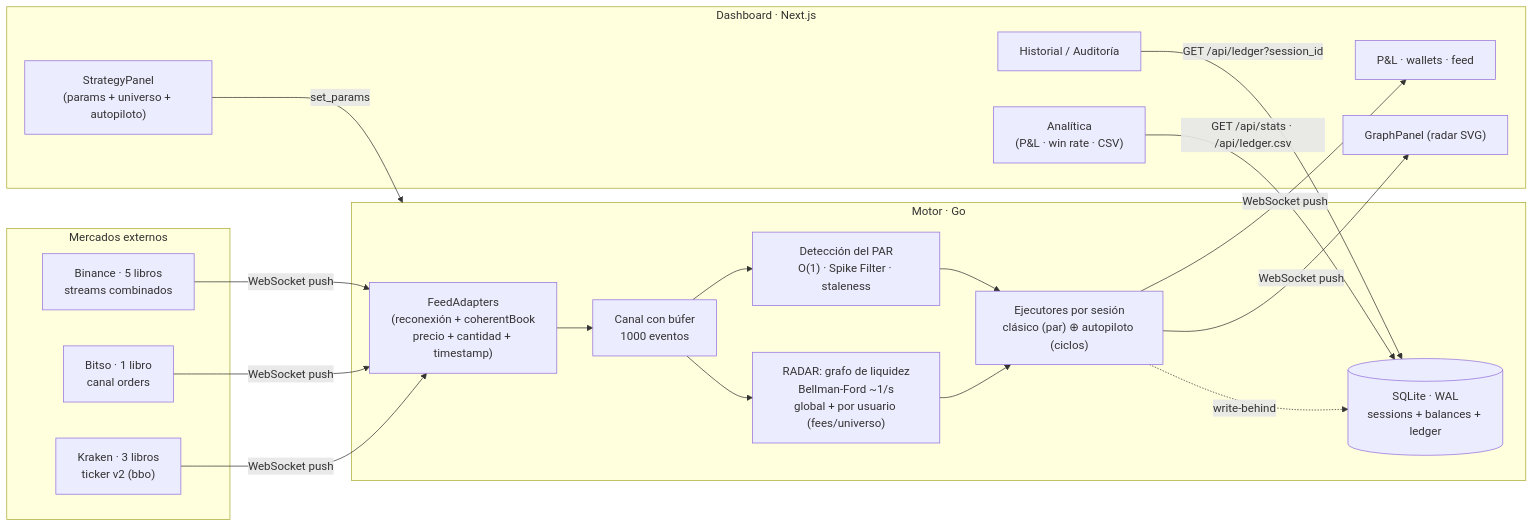
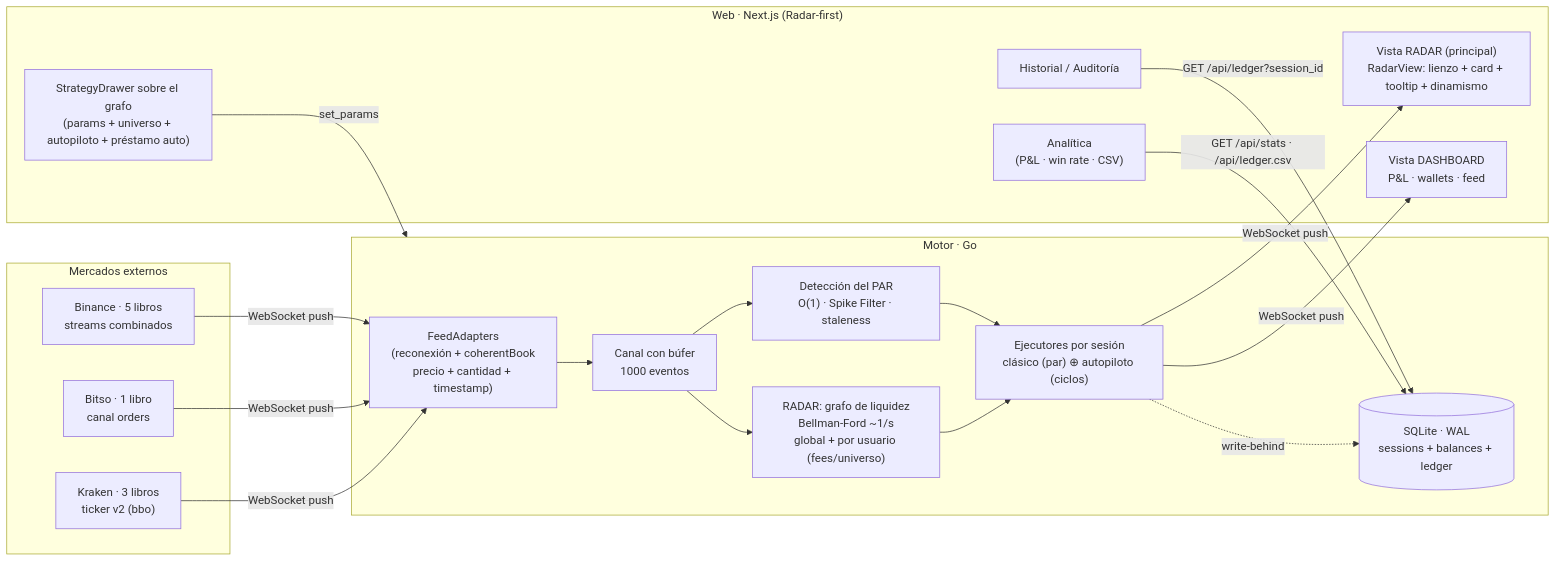
The diagram in README.md (d1512pb/Arus), drawn with Mermaid before and after one commit. The commit also changed other lines of this file and 1 other file, not shown here.

````diff
--- a/README.md
+++ b/README.md
@@ -277,33 +282,33 @@
 ```mermaid
 flowchart LR
     subgraph EXT["Mercados externos"]
         BIN["Binance · 5 libros<br/>streams combinados"]
         BIT["Bitso · 1 libro<br/>canal orders"]
         KRK["Kraken · 3 libros<br/>ticker v2 (bbo)"]
     end
 
     subgraph ENGINE["Motor · Go"]
         WS["FeedAdapters<br/>(reconexión + coherentBook<br/>precio + cantidad + timestamp)"]
         CH["Canal con búfer<br/>1000 eventos"]
         EVAL["Detección del PAR<br/>O(1) · Spike Filter · staleness"]
         GRAPH["RADAR: grafo de liquidez<br/>Bellman-Ford ~1/s<br/>global + por usuario (fees/universo)"]
         EXEC["Ejecutores por sesión<br/>clásico (par) ⊕ autopiloto (ciclos)"]
         DB[("SQLite · WAL<br/>sessions + balances + ledger")]
     end
 
-    subgraph WEB["Dashboard · Next.js"]
-        UI["P&L · wallets · feed"]
-        RADAR["GraphPanel (radar SVG)"]
-        STRAT["StrategyPanel<br/>(params + universo + autopiloto)"]
+    subgraph WEB["Web · Next.js (Radar-first)"]
+        RADAR["Vista RADAR (principal)<br/>RadarView: lienzo + card + tooltip + dinamismo"]
+        UI["Vista DASHBOARD<br/>P&L · wallets · feed"]
+        STRAT["StrategyDrawer sobre el grafo<br/>(params + universo + autopiloto + préstamo auto)"]
         AUDIT["Historial / Auditoría"]
         ANLT["Analítica<br/>(P&L · win rate · CSV)"]
     end
 
     BIN & BIT & KRK -->|WebSocket push| WS --> CH --> EVAL --> EXEC
     CH --> GRAPH --> EXEC
     EXEC -->|WebSocket push| UI & RADAR
     STRAT -->|set_params| ENGINE
     EXEC -.->|write-behind| DB
     AUDIT -->|GET /api/ledger?session_id| DB
     ANLT -->|GET /api/stats · /api/ledger.csv| DB
 ```
````
